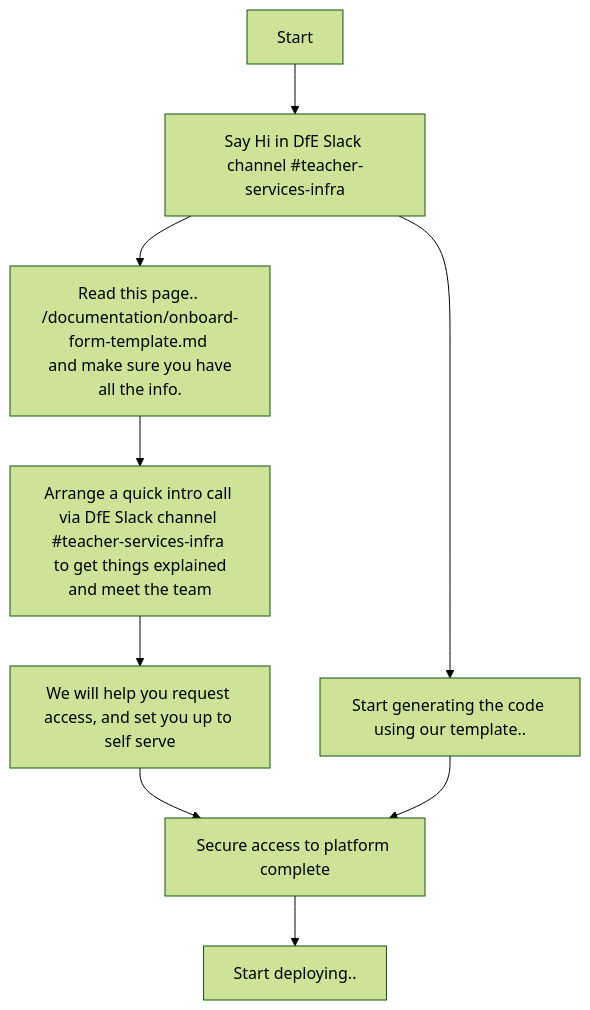
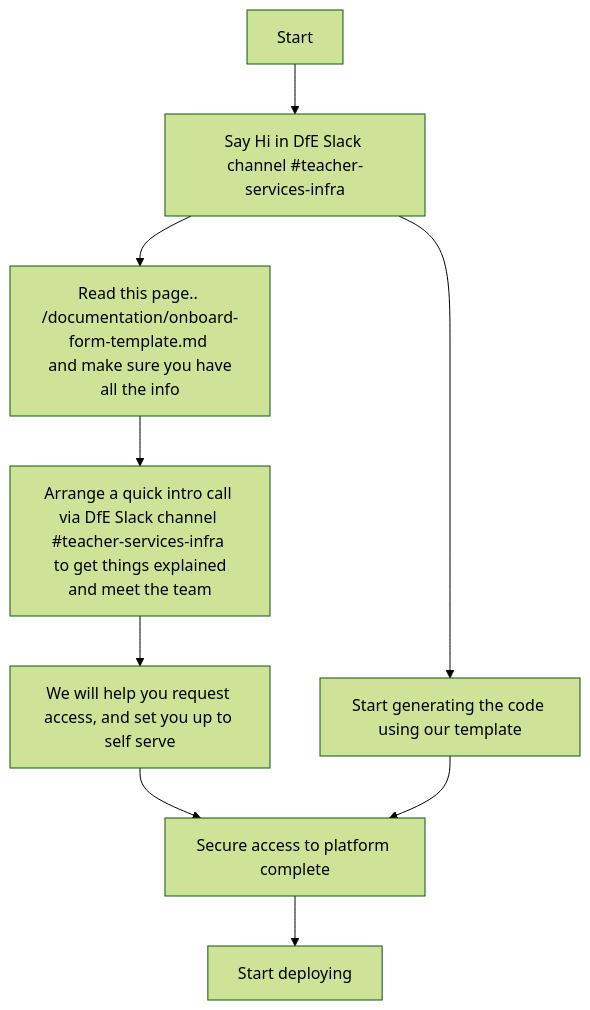
Before and after one commit to DFE-Digital/teacher-services-cloud: the diagram in documentation/onboard-service.md, drawn with Mermaid (forest theme).

Commit message:
strange github render error workaround

````diff
--- a/documentation/onboard-service.md
+++ b/documentation/onboard-service.md
@@ -4,11 +4,11 @@
 ```mermaid
-flowchart TD
-    Start[Start] --> Slack[Say Hi in DfE Slack channel #teacher-services-infra]
-    Slack --> GetCoding[Start generating the code using our template..]
-    Slack --> FillForm[Read this page.. /documentation/onboard-form-template.md <br> and make sure you have all the info.]
-    FillForm --> OnboardCall[Arrange a quick intro call via DfE Slack channel #teacher-services-infra <br> to get things explained and meet the team]
-    OnboardCall --> SetUpCall[We will help you request access, and set you up to self serve]
-    SetUpCall --> SetUpComplete[Secure access to platform complete]
-    GetCoding --> SetUpComplete
-    SetUpComplete --> Done[Start deploying..] 
+flowchart TD;
+    Start["Start"] --> Slack["Say Hi in DfE Slack channel #teacher-services-infra"];
+    Slack --> GetCoding["Start generating the code using our template"];
+    Slack --> FillForm["Read this page.. /documentation/onboard-form-template.md <br> and make sure you have all the info"];
+    FillForm --> OnboardCall["Arrange a quick intro call via DfE Slack channel #teacher-services-infra <br> to get things explained and meet the team"];
+    OnboardCall --> SetUpCall["We will help you request access, and set you up to self serve"];
+    SetUpCall --> SetUpComplete["Secure access to platform complete"];
+    GetCoding --> SetUpComplete;
+    SetUpComplete --> Done["Start deploying"] ;
 ```
````
